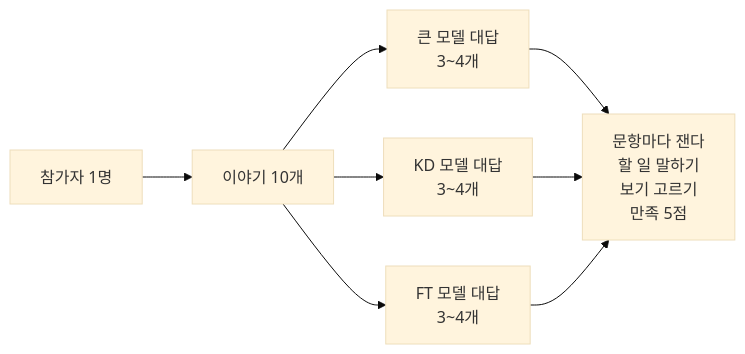
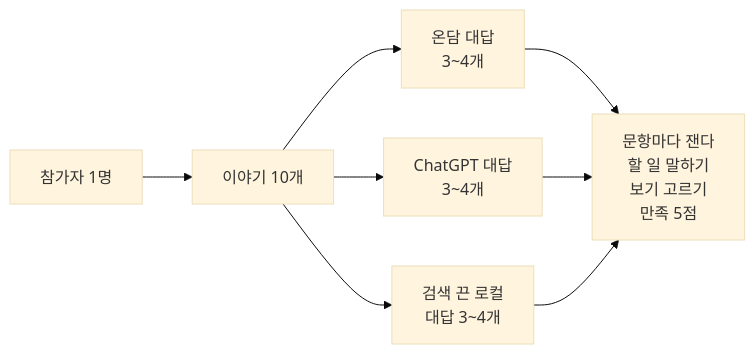
Before and after one commit to YOONPYOGitHub/knowledge-distillation: the first of 2 diagrams in docs/user_study/README.md, drawn with Mermaid (base theme). The commit also changed other lines of this file and 53 other files, not shown here.

````diff
--- a/docs/user_study/README.md
+++ b/docs/user_study/README.md
@@ -24,10 +25,10 @@
 ```mermaid
 flowchart LR
   P["참가자 1명"] --> S["이야기 10개"]
-  S --> A["큰 모델 대답<br/>3~4개"]
-  S --> B["KD 모델 대답<br/>3~4개"]
-  S --> C["FT 모델 대답<br/>3~4개"]
+  S --> A["온담 대답<br/>3~4개"]
+  S --> B["ChatGPT 대답<br/>3~4개"]
+  S --> C["검색 끈 로컬<br/>대답 3~4개"]
   A --> M["문항마다 잰다<br/>할 일 말하기<br/>보기 고르기<br/>만족 5점"]
   B --> M
   C --> M
 ```
````
